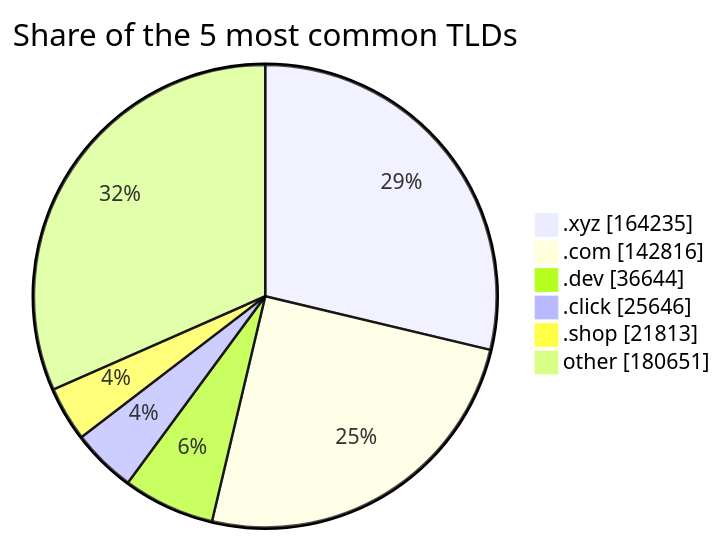
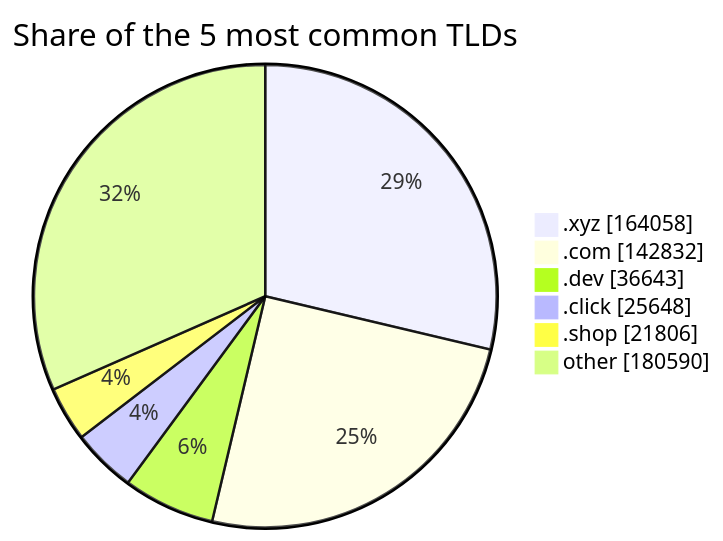
One commit to DNSBunker/CTI changed the third of 3 diagrams in README.md. Above: the diagram before and after it, drawn with Mermaid. The commit also changed other lines of this file and 3 other files, not shown here.

````diff
--- a/README.md
+++ b/README.md
@@ -81,9 +81,9 @@
 ```mermaid
 pie showData title Share of the 5 most common TLDs
-    ".xyz" : 164235
-    ".com" : 142816
-    ".dev" : 36644
-    ".click" : 25646
-    ".shop" : 21813
-    "other" : 180651
+    ".xyz" : 164058
+    ".com" : 142832
+    ".dev" : 36643
+    ".click" : 25648
+    ".shop" : 21806
+    "other" : 180590
 ```
````
